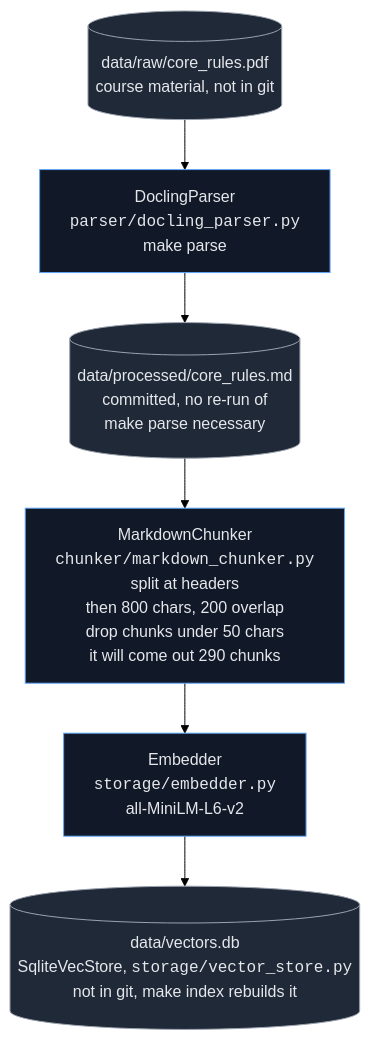
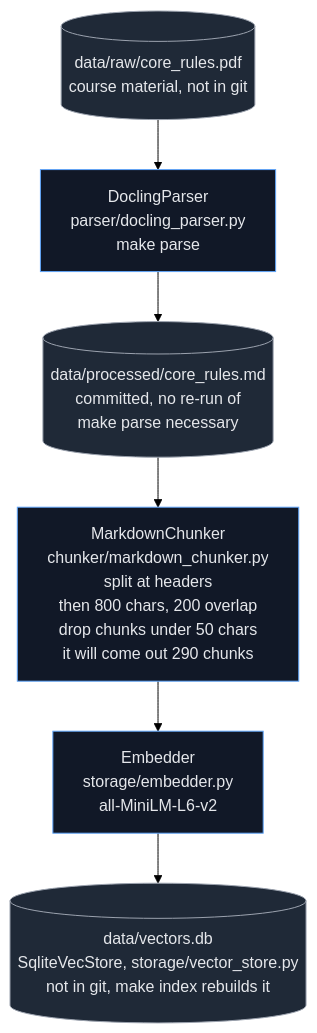
Before and after one commit to nilskujath/rag_chatbot: the diagram in README.md, drawn with Mermaid (forest theme).

Commit message:
fix: mermaid chart box justification second try

````diff
--- a/README.md
+++ b/README.md
@@ -146,17 +146,17 @@
 ```mermaid
 %%{init: {"flowchart": {"wrappingWidth": 600}}}%%
 flowchart TB
     PDF[("data/raw/core_rules.pdf<br/>course material, not in git")]
-    P["DoclingParser<br/><code>parser/docling_parser.py</code><br/>make parse"]
+    P["DoclingParser<br/>parser/docling_parser.py<br/>make parse"]
     MD[("data/processed/core_rules.md<br/>committed, no re-run of<br/>make parse necessary")]
-    C["MarkdownChunker<br/><code>chunker/markdown_chunker.py</code><br/>split at headers<br/>then 800 chars, 200 overlap<br/>drop chunks under 50 chars <br/> it will come out 290 chunks"]
-    E["Embedder<br/><code>storage/embedder.py</code><br/>all-MiniLM-L6-v2"]
-    V[("data/vectors.db<br/>SqliteVecStore, <code>storage/vector_store.py</code><br/>not in git, make index rebuilds it")]
+    C["MarkdownChunker<br/>chunker/markdown_chunker.py<br/>split at headers<br/>then 800 chars, 200 overlap<br/>drop chunks under 50 chars<br/>it will come out 290 chunks"]
+    E["Embedder<br/>storage/embedder.py<br/>all-MiniLM-L6-v2"]
+    V[("data/vectors.db<br/>SqliteVecStore, storage/vector_store.py<br/>not in git, make index rebuilds it")]
 
     PDF --> P --> MD --> C --> E --> V
 
     classDef file fill:#1f2937,stroke:#9ca3af,color:#e5e7eb
     classDef step fill:#111827,stroke:#60a5fa,color:#e5e7eb
     class PDF,MD,V file
     class P,C,E step
 ```
````
